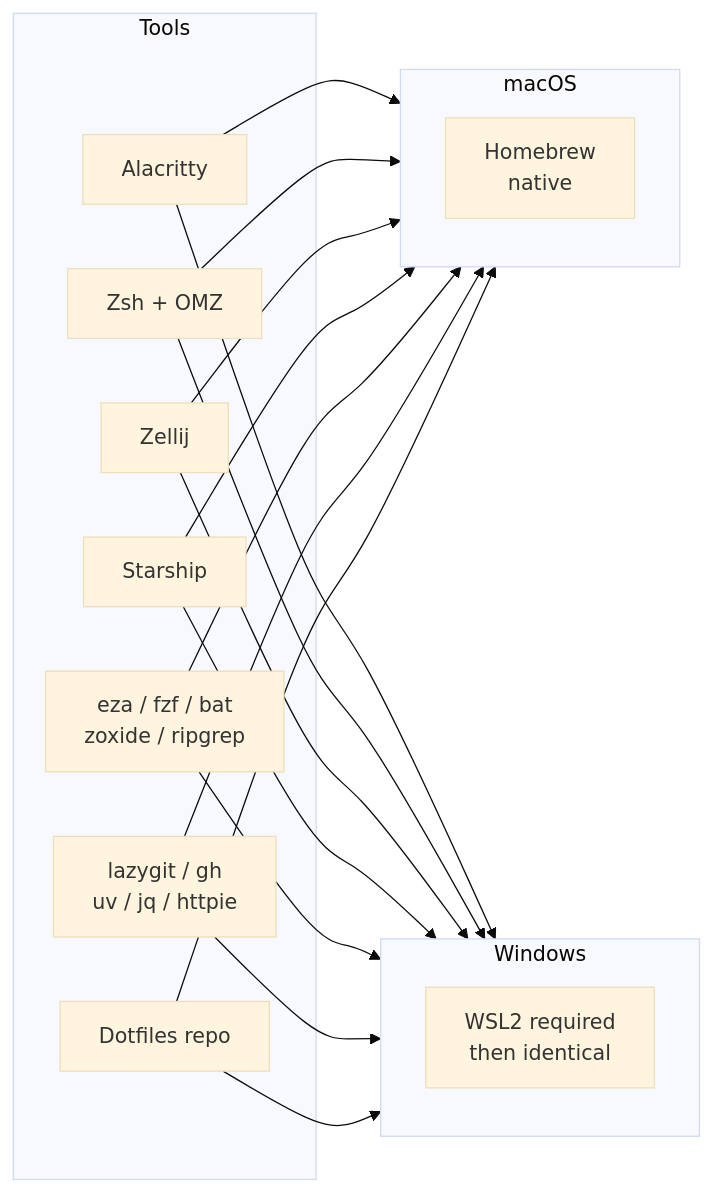
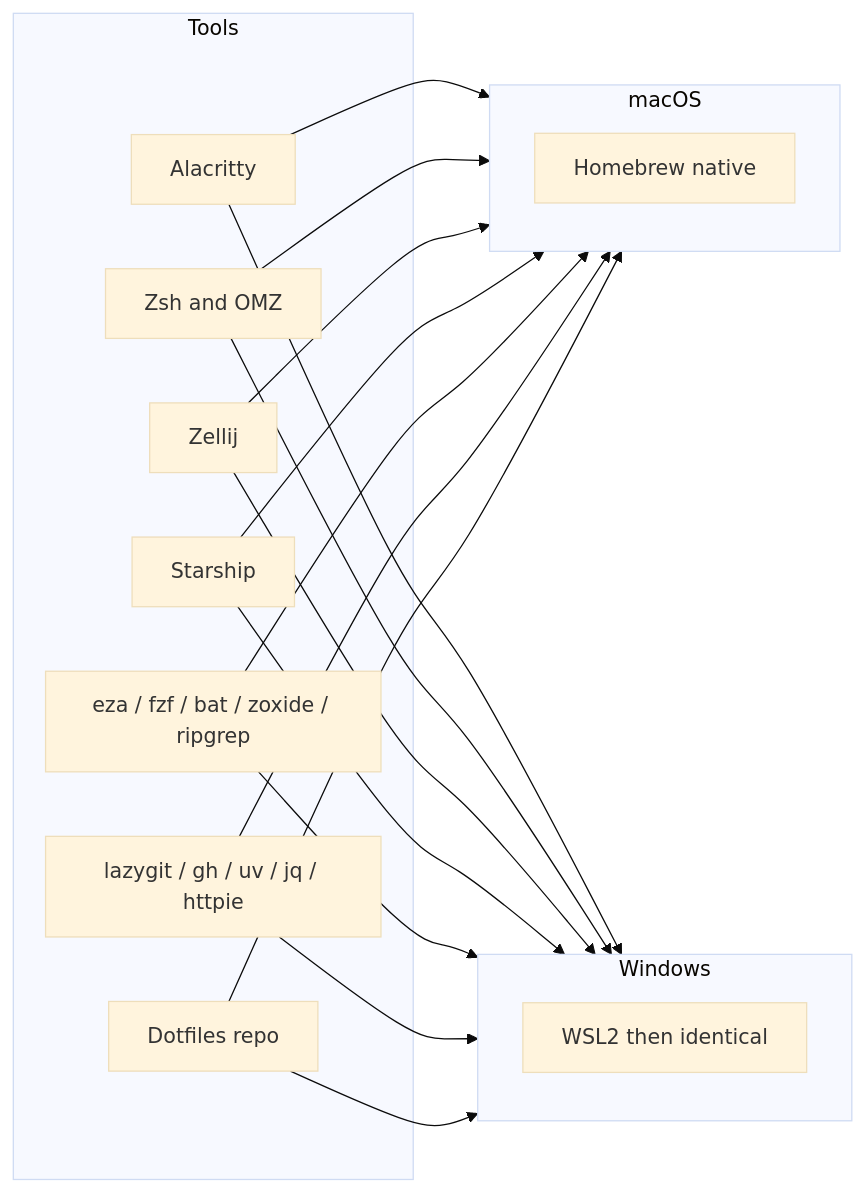
One commit to deepusharma/dotfiles changed the third of 3 diagrams in README.md. Above: the diagram before and after it, drawn with Mermaid (base theme). The commit also changed other lines of this file, not shown here.

Commit message:
fix mermaid diagrams for GitHub rendering

````diff
--- a/README.md
+++ b/README.md
@@ -87,35 +87,35 @@
 ```mermaid
 graph LR
     subgraph Tools
         T1[Alacritty]
-        T2[Zsh + OMZ]
+        T2[Zsh and OMZ]
         T3[Zellij]
         T4[Starship]
-        T5[eza / fzf / bat\nzoxide / ripgrep]
-        T6[lazygit / gh\nuv / jq / httpie]
+        T5[eza / fzf / bat / zoxide / ripgrep]
+        T6[lazygit / gh / uv / jq / httpie]
         T7[Dotfiles repo]
     end
 
-    subgraph mac [macOS]
-        MA[Homebrew\nnative]
+    subgraph macOS
+        MA[Homebrew native]
     end
 
-    subgraph win [Windows]
-        WA[WSL2 required\nthen identical]
+    subgraph Windows
+        WA[WSL2 then identical]
     end
 
-    T1 --> mac
-    T1 --> win
-    T2 --> mac
-    T2 --> win
-    T3 --> mac
-    T3 --> win
-    T4 --> mac
-    T4 --> win
-    T5 --> mac
-    T5 --> win
-    T6 --> mac
-    T6 --> win
-    T7 --> mac
-    T7 --> win
+    T1 --> macOS
+    T1 --> Windows
+    T2 --> macOS
+    T2 --> Windows
+    T3 --> macOS
+    T3 --> Windows
+    T4 --> macOS
+    T4 --> Windows
+    T5 --> macOS
+    T5 --> Windows
+    T6 --> macOS
+    T6 --> Windows
+    T7 --> macOS
+    T7 --> Windows
 ```
````
